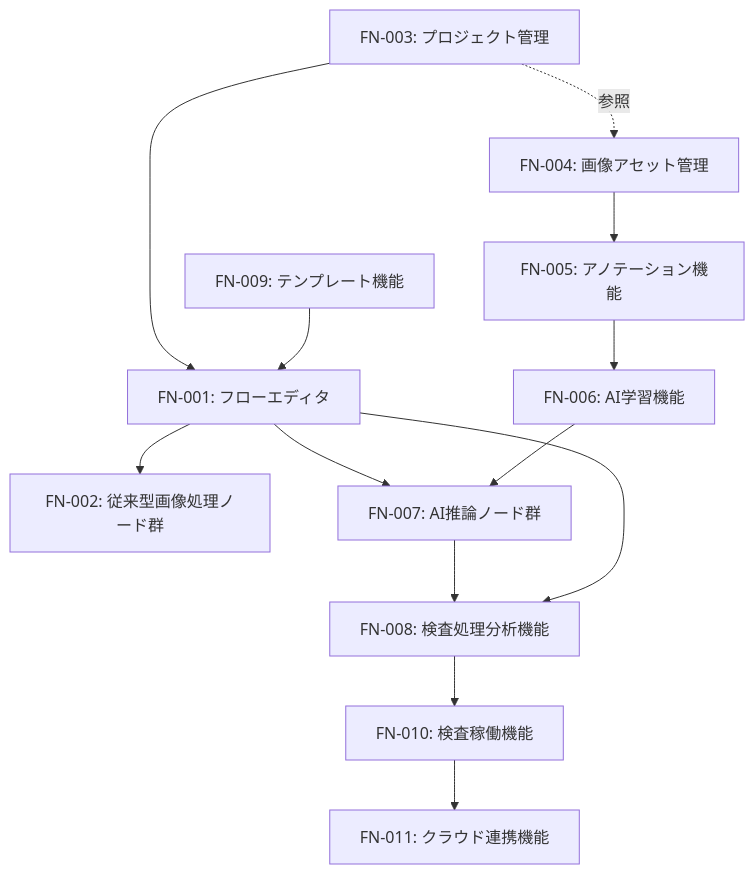
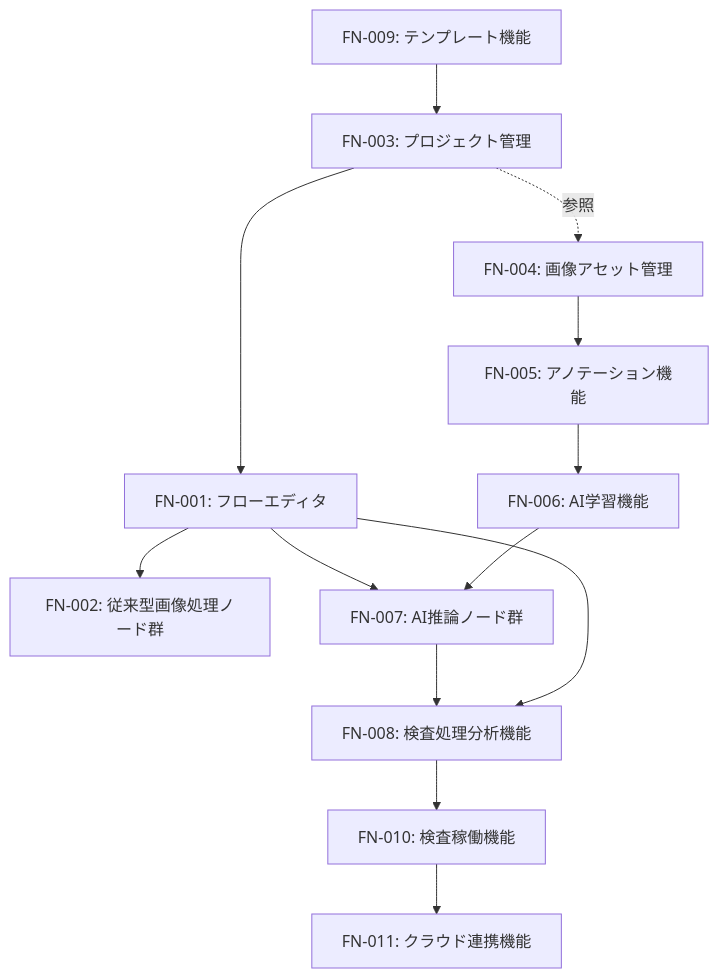
The first of 7 diagrams in docs/functional-design.md (nishio-n0522/test_updated_sdd), drawn with Mermaid before and after one commit. The commit also changed other lines of this file and 4 other files, not shown here.

````diff
--- a/docs/functional-design.md
+++ b/docs/functional-design.md
@@ -29,27 +29,27 @@
 ```mermaid
 graph TD
     FN001["FN-001: フローエディタ"]
     FN002["FN-002: 従来型画像処理ノード群"]
     FN003["FN-003: プロジェクト管理"]
     FN004["FN-004: 画像アセット管理"]
     FN005["FN-005: アノテーション機能"]
     FN006["FN-006: AI学習機能"]
     FN007["FN-007: AI推論ノード群"]
     FN008["FN-008: 検査処理分析機能"]
     FN009["FN-009: テンプレート機能"]
     FN010["FN-010: 検査稼働機能"]
     FN011["FN-011: クラウド連携機能"]
 
     FN003 --> FN001
     FN003 -.->|参照| FN004
     FN001 --> FN002
     FN001 --> FN007
     FN004 --> FN005
     FN005 --> FN006
     FN006 --> FN007
     FN007 --> FN008
     FN001 --> FN008
-    FN009 --> FN001
+    FN009 --> FN003
     FN008 --> FN010
     FN010 --> FN011
 ```
````
